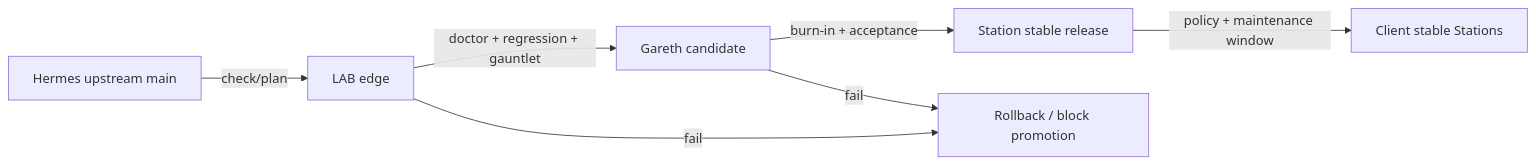
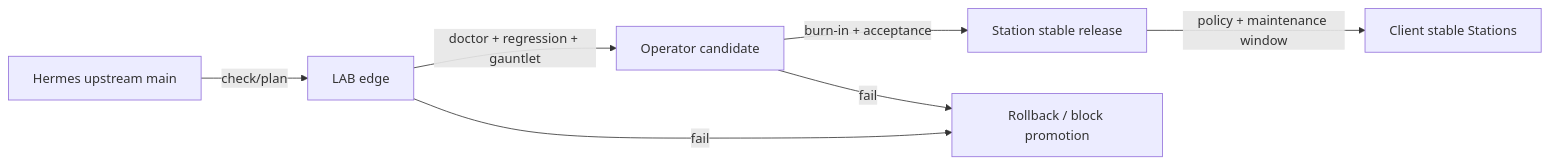
One commit to agentik-os/agentik-station changed the diagram in docs/diagrams/15_HERMES_UPDATE_RINGS.mmd. Above: the diagram before and after it, drawn with Mermaid. The commit also changed 705 other files, not shown here.

```diff
--- a/docs/diagrams/15_HERMES_UPDATE_RINGS.mmd
+++ b/docs/diagrams/15_HERMES_UPDATE_RINGS.mmd
@@ -1,7 +1,7 @@
 flowchart LR
   U[Hermes upstream main] -->|check/plan| L[LAB edge]
-  L -->|doctor + regression + gauntlet| C[Gareth candidate]
+  L -->|doctor + regression + gauntlet| C[Operator candidate]
   C -->|burn-in + acceptance| S[Station stable release]
   S -->|policy + maintenance window| CL[Client stable Stations]
   L -->|fail| RB[Rollback / block promotion]
   C -->|fail| RB
```
